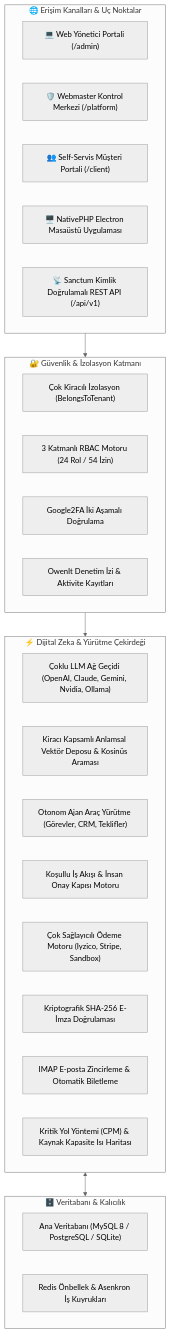
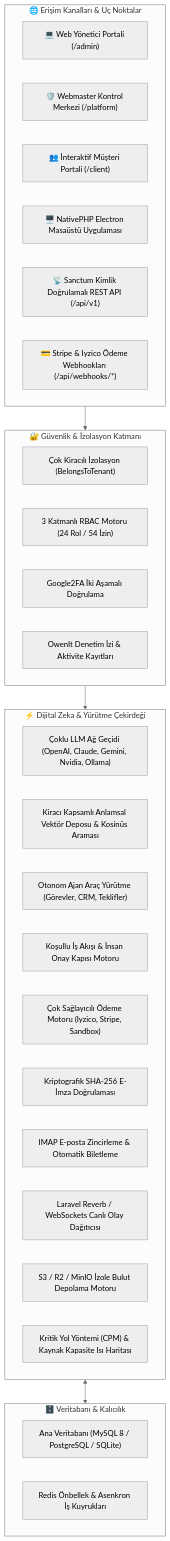
The diagram in README.tr.md (adacreativeco/NexusADA), drawn with Mermaid (neutral theme) before and after one commit. The commit also changed other lines of this file and 12 other files, not shown here.

Commit message:
feat: complete production hardening with webhooks, transactional mail, websockets, cloud storage, interactive asset review canvas, and 64 passing tests

````diff
--- a/README.tr.md
+++ b/README.tr.md
@@ -35,37 +36,40 @@
 ```mermaid
 flowchart TD
     subgraph ClientAccess["🌐 Erişim Kanalları & Uç Noktalar"]
         WebAdmin["💻 Web Yönetici Portali (/admin)"]
         Webmaster["🛡️ Webmaster Kontrol Merkezi (/platform)"]
-        ClientPortal["👥 Self-Servis Müşteri Portali (/client)"]
+        ClientPortal["👥 İnteraktif Müşteri Portali (/client)"]
         DesktopApp["🖥️ NativePHP Electron Masaüstü Uygulaması"]
         RESTClients["📡 Sanctum Kimlik Doğrulamalı REST API (/api/v1)"]
+        Webhooks["💳 Stripe & Iyzico Ödeme Webhookları (/api/webhooks/*)"]
     end
 
     subgraph SecurityLayer["🔐 Güvenlik & İzolasyon Katmanı"]
         TenantScope["Çok Kiracılı İzolasyon (BelongsToTenant)"]
         RBAC["3 Katmanlı RBAC Motoru (24 Rol / 54 İzin)"]
         TwoFactor["Google2FA İki Aşamalı Doğrulama"]
         AuditTrail["OwenIt Denetim İzi & Aktivite Kayıtları"]
     end
 
     subgraph CoreEngines["⚡ Dijital Zeka & Yürütme Çekirdeği"]
         AIGateway["Çoklu LLM Ağ Geçidi (OpenAI, Claude, Gemini, Nvidia, Ollama)"]
         VectorStore["Kiracı Kapsamlı Anlamsal Vektör Deposu & Kosinüs Araması"]
         ToolRegistry["Otonom Ajan Araç Yürütme (Görevler, CRM, Teklifler)"]
         WorkflowDAG["Koşullu İş Akışı & İnsan Onay Kapısı Motoru"]
         PaymentEngine["Çok Sağlayıcılı Ödeme Motoru (Iyzico, Stripe, Sandbox)"]
         DigitalSign["Kriptografik SHA-256 E-İmza Doğrulaması"]
         EmailIntel["IMAP E-posta Zincirleme & Otomatik Biletleme"]
+        BroadcastEngine["Laravel Reverb / WebSockets Canlı Olay Dağıtıcısı"]
+        CloudStorage["S3 / R2 / MinIO İzole Bulut Depolama Motoru"]
         CPMEngine["Kritik Yol Yöntemi (CPM) & Kaynak Kapasite Isı Haritası"]
     end
 
     subgraph DataLayer["🗄️ Veritabanı & Kalıcılık"]
         MySQL["Ana Veritabanı (MySQL 8 / PostgreSQL / SQLite)"]
         Redis["Redis Önbellek & Asenkron İş Kuyrukları"]
     end
 
     ClientAccess --> SecurityLayer
     SecurityLayer --> CoreEngines
     CoreEngines <--> DataLayer
 ```
````
